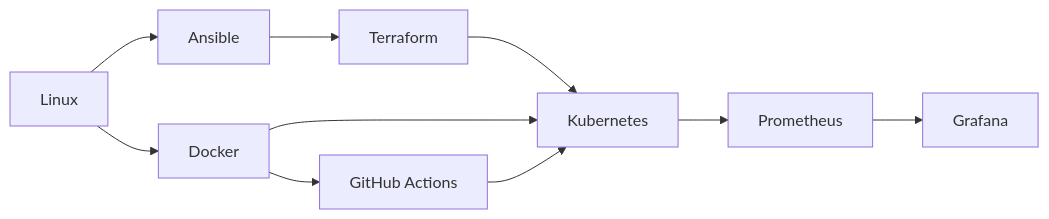
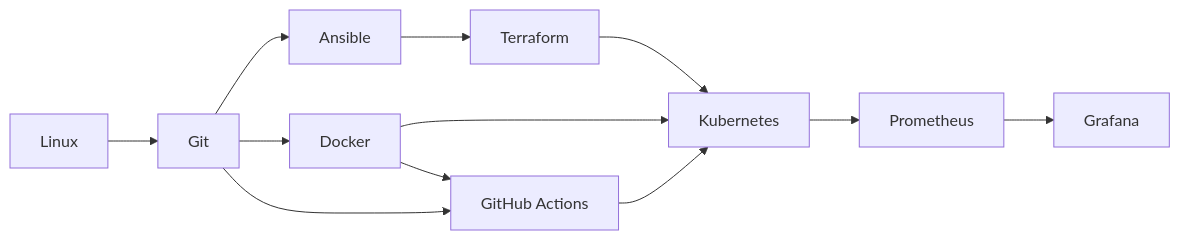
Before and after one commit to deepakv30/devops-mastery-guide: the diagram in README.md, drawn with Mermaid. The commit also changed other lines of this file and 34 other files, not shown here.

First line of the commit message:
feat: add Git module after Linux as 09-git

````diff
--- a/README.md
+++ b/README.md
@@ -49,12 +49,14 @@
 ```mermaid
 flowchart LR
-  Linux[Linux] --> Ansible[Ansible]
-  Linux --> Docker[Docker]
+  Linux[Linux] --> Git[Git]
+  Git --> Ansible[Ansible]
+  Git --> Docker[Docker]
   Docker --> K8s[Kubernetes]
   Ansible --> TF[Terraform]
   TF --> K8s
-  Docker --> GHA[GitHub Actions]
+  Git --> GHA[GitHub Actions]
+  Docker --> GHA
   GHA --> K8s
   K8s --> Prom[Prometheus]
   Prom --> Graf[Grafana]
 ```
````
